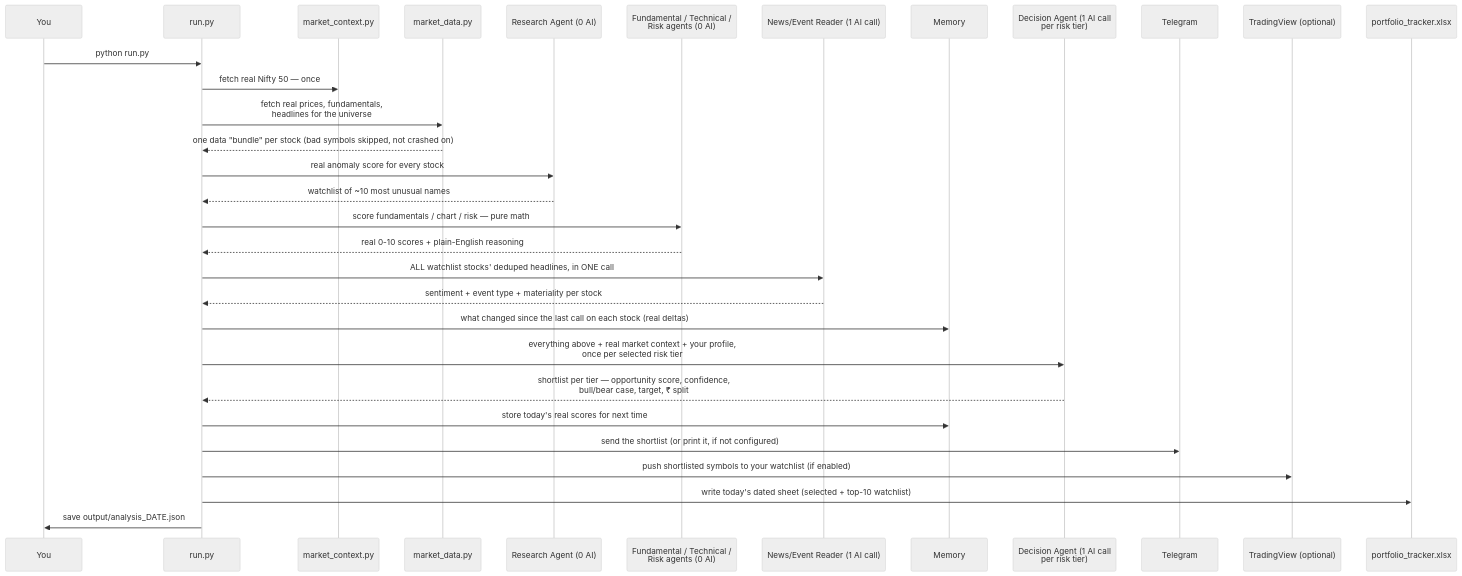
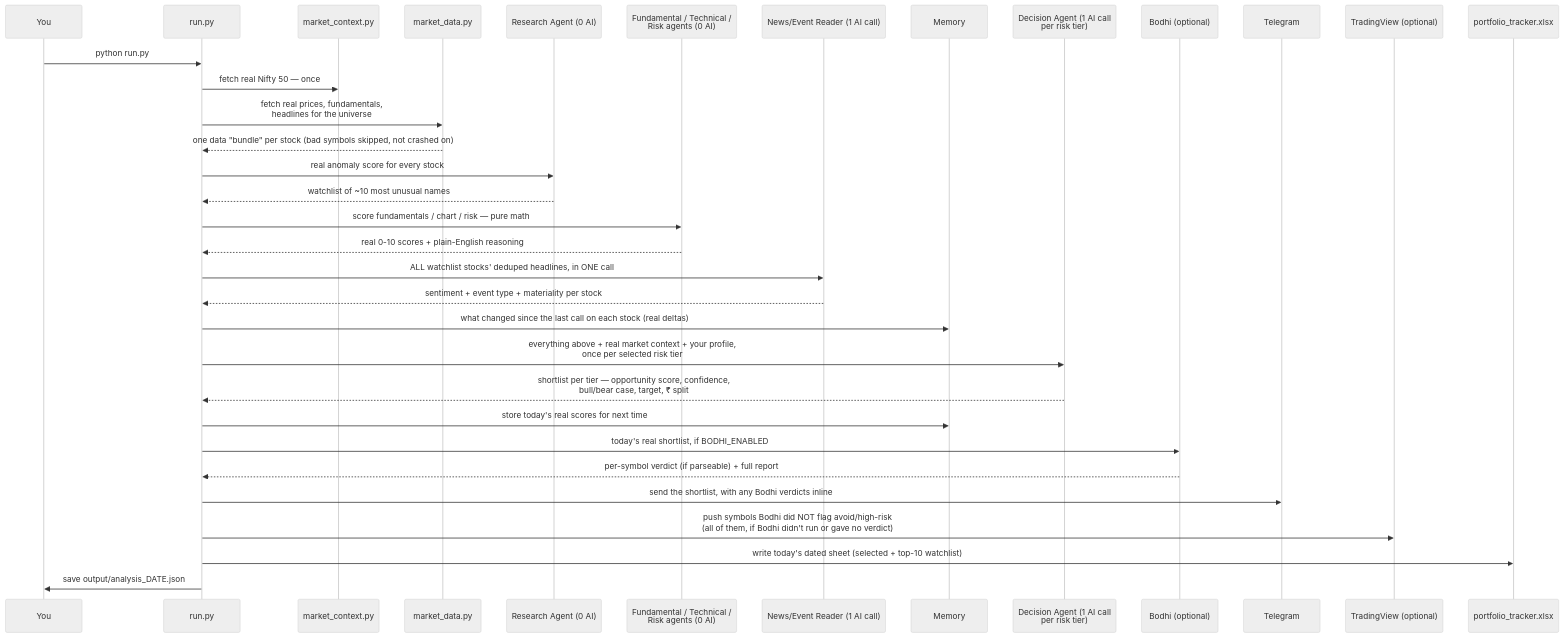
One commit to Diksha20Bhatia/ai-equity-analyst changed the second of 3 diagrams in README.md. Above: the diagram before and after it, drawn with Mermaid (neutral theme). The commit also changed other lines of this file and 14 other files, not shown here.

````diff
--- a/README.md
+++ b/README.md
@@ -160,34 +166,37 @@
 ```mermaid
 sequenceDiagram
     participant You
     participant Run as run.py
     participant Ctx as market_context.py
     participant Data as market_data.py
     participant Scout as Research Agent (0 AI)
     participant Specs as Fundamental / Technical /<br/>Risk agents (0 AI)
     participant Event as News/Event Reader (1 AI call)
     participant Mem as Memory
     participant DA as Decision Agent (1 AI call<br/>per risk tier)
+    participant Bodhi as Bodhi (optional)
     participant TG as Telegram
     participant TV as TradingView (optional)
     participant XL as portfolio_tracker.xlsx
 
     You->>Run: python run.py
     Run->>Ctx: fetch real Nifty 50 — once
     Run->>Data: fetch real prices, fundamentals,<br/>headlines for the universe
     Data-->>Run: one data "bundle" per stock (bad symbols skipped, not crashed on)
     Run->>Scout: real anomaly score for every stock
     Scout-->>Run: watchlist of ~10 most unusual names
     Run->>Specs: score fundamentals / chart / risk — pure math
     Specs-->>Run: real 0-10 scores + plain-English reasoning
     Run->>Event: ALL watchlist stocks' deduped headlines, in ONE call
     Event-->>Run: sentiment + event type + materiality per stock
     Run->>Mem: what changed since the last call on each stock (real deltas)
     Run->>DA: everything above + real market context + your profile,<br/>once per selected risk tier
     DA-->>Run: shortlist per tier — opportunity score, confidence,<br/>bull/bear case, target, ₹ split
     Run->>Mem: store today's real scores for next time
-    Run->>TG: send the shortlist (or print it, if not configured)
-    Run->>TV: push shortlisted symbols to your watchlist (if enabled)
+    Run->>Bodhi: today's real shortlist, if BODHI_ENABLED
+    Bodhi-->>Run: per-symbol verdict (if parseable) + full report
+    Run->>TG: send the shortlist, with any Bodhi verdicts inline
+    Run->>TV: push symbols Bodhi did NOT flag avoid/high-risk<br/>(all of them, if Bodhi didn't run or gave no verdict)
     Run->>XL: write today's dated sheet (selected + top-10 watchlist)
     Run->>You: save output/analysis_DATE.json
 ```
````
